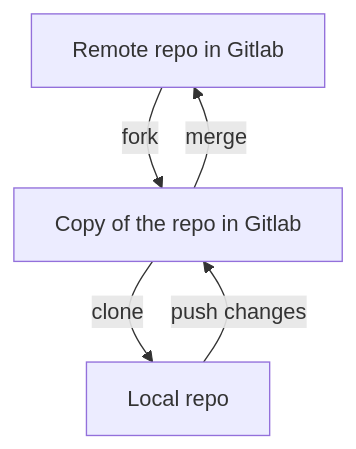
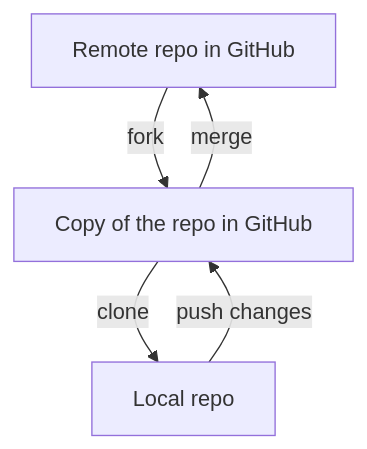
The fourth of 6 diagrams in git/README.md (life-itself/tao), drawn with Mermaid before and after one commit. The commit also changed other lines of this file and 8 other files, not shown here.

````diff
--- a/git/README.md
+++ b/git/README.md
@@ -100,10 +100,10 @@
 ```mermaid
 graph TD
 
-remote[Remote repo in Gitlab]
-remote --fork --> nrepo[Copy of the repo in Gitlab]
+remote[Remote repo in GitHub]
+remote --fork --> nrepo[Copy of the repo in GitHub]
 nrepo --clone --> local[Local repo]
-local --push changes --> nrepo[Copy of the repo in Gitlab]
-nrepo[Copy of the repo in Gitlab]--merge -->remote[Remote repo in Gitlab] 
+local --push changes --> nrepo[Copy of the repo in GitHub]
+nrepo[Copy of the repo in GitHub]--merge -->remote[Remote repo in GitHub] 
 
 ```
````
